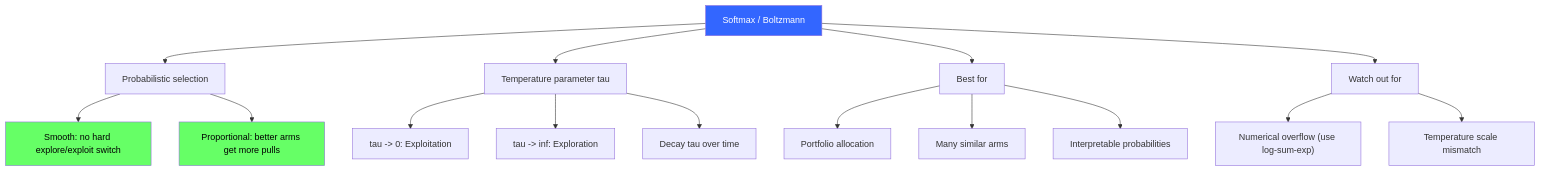
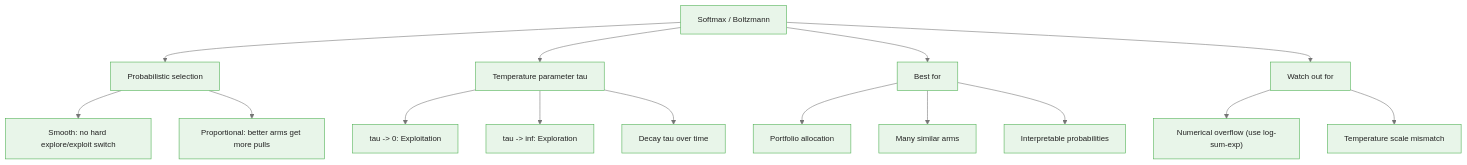
Before and after one commit to m-deane/course-creator: the third of 3 diagrams in courses/multi-armed-bandits-ab-testing/modules/module_01_bandit_algorithms/guides/03_softmax_boltzmann_slides.md, drawn with Mermaid. The commit also changed other lines of this file and 146 other files, not shown here.

````diff
--- a/courses/multi-armed-bandits-ab-testing/modules/module_01_bandit_algorithms/guides/03_softmax_boltzmann_slides.md
+++ b/courses/multi-armed-bandits-ab-testing/modules/module_01_bandit_algorithms/guides/03_softmax_boltzmann_slides.md
@@ -337,25 +378,22 @@
 ```mermaid
+%%{init: {"theme": "base", "themeVariables": {"primaryColor": "#e8f5e9", "primaryBorderColor": "#4caf50", "primaryTextColor": "#212121", "secondaryColor": "#e3f2fd", "tertiaryColor": "#fff8e1", "lineColor": "#757575", "fontFamily": "Inter, sans-serif", "fontSize": "14px"}}}%%
 flowchart TD
     SM["Softmax / Boltzmann"] --> Prob["Probabilistic selection"]
     SM --> Tau["Temperature parameter tau"]
 
     Prob --> Smooth["Smooth: no hard explore/exploit switch"]
     Prob --> Prop["Proportional: better arms get more pulls"]
 
     Tau --> Cold["tau -> 0: Exploitation"]
     Tau --> Hot["tau -> inf: Exploration"]
     Tau --> Decay["Decay tau over time"]
 
     SM --> Use["Best for"]
     Use --> Port["Portfolio allocation"]
     Use --> Many["Many similar arms"]
     Use --> Interp["Interpretable probabilities"]
 
     SM --> Avoid["Watch out for"]
     Avoid --> Overflow["Numerical overflow (use log-sum-exp)"]
     Avoid --> Scale["Temperature scale mismatch"]
-
-    style SM fill:#36f,color:#fff
-    style Smooth fill:#6f6,color:#000
-    style Prop fill:#6f6,color:#000
 ```
````
